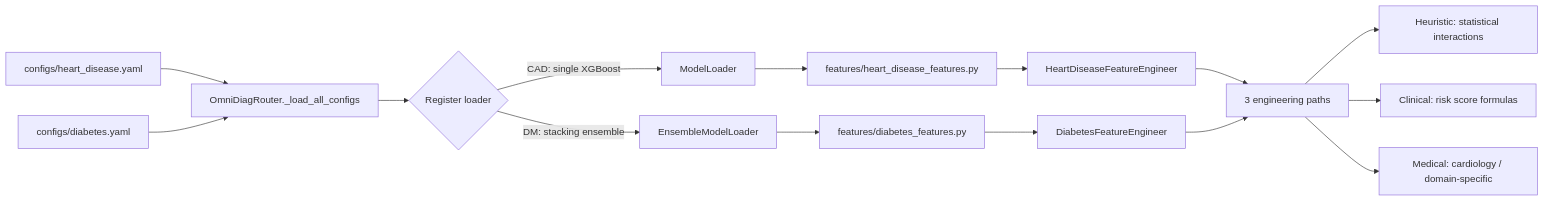
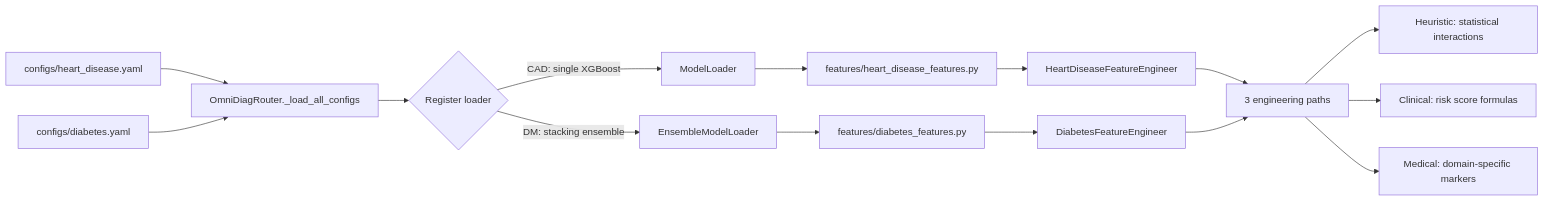
Before and after one commit to yahyalababenah/omnidiag: the second of 4 diagrams in README.md, drawn with Mermaid. The commit also changed other lines of this file, not shown here.

````diff
--- a/README.md
+++ b/README.md
@@ -75,17 +87,17 @@
 ```mermaid
 flowchart LR
     A[configs/heart_disease.yaml] --> B[OmniDiagRouter._load_all_configs]
     C[configs/diabetes.yaml] --> B
     B --> D{Register loader}
     D -->|CAD: single XGBoost| E[ModelLoader]
     D -->|DM: stacking ensemble| F[EnsembleModelLoader]
     E --> G[features/heart_disease_features.py]
     F --> H[features/diabetes_features.py]
     G --> I[HeartDiseaseFeatureEngineer]
     H --> J[DiabetesFeatureEngineer]
     I --> K[3 engineering paths]
     J --> K
     K --> L[Heuristic: statistical interactions]
     K --> M[Clinical: risk score formulas]
-    K --> N[Medical: cardiology / domain-specific]
+    K --> N[Medical: domain-specific markers]
 ```
````
